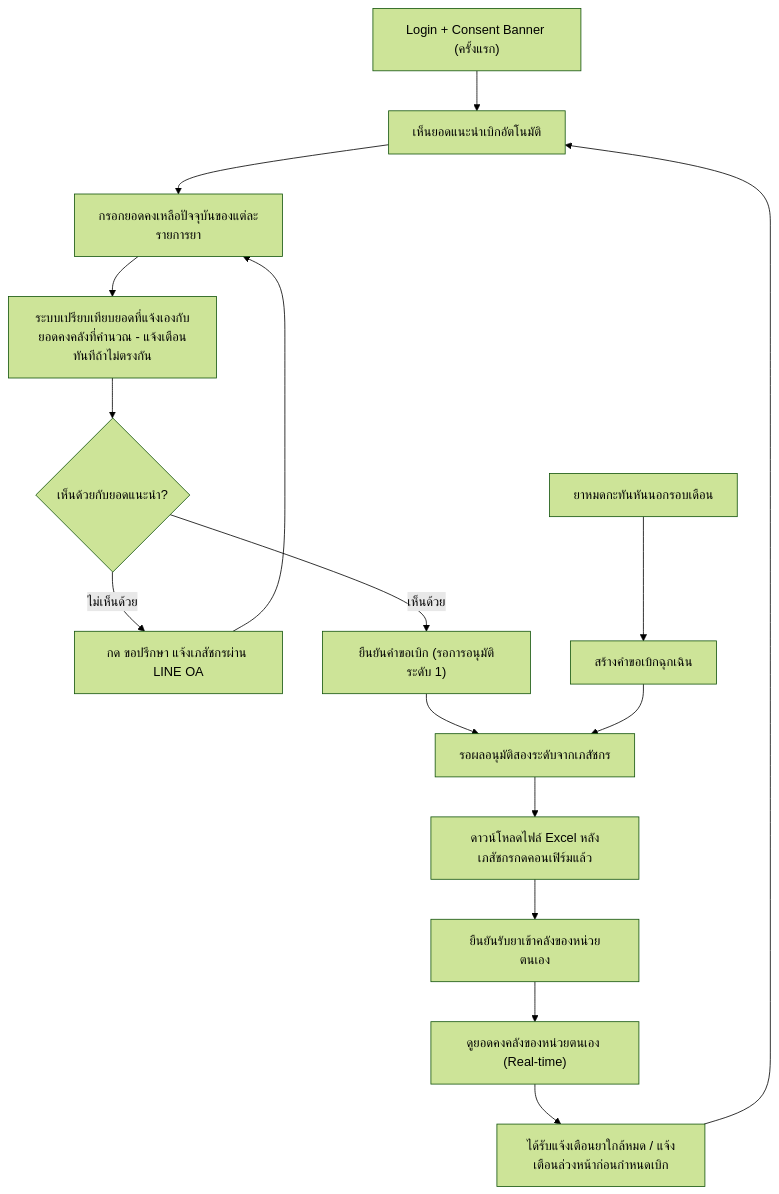
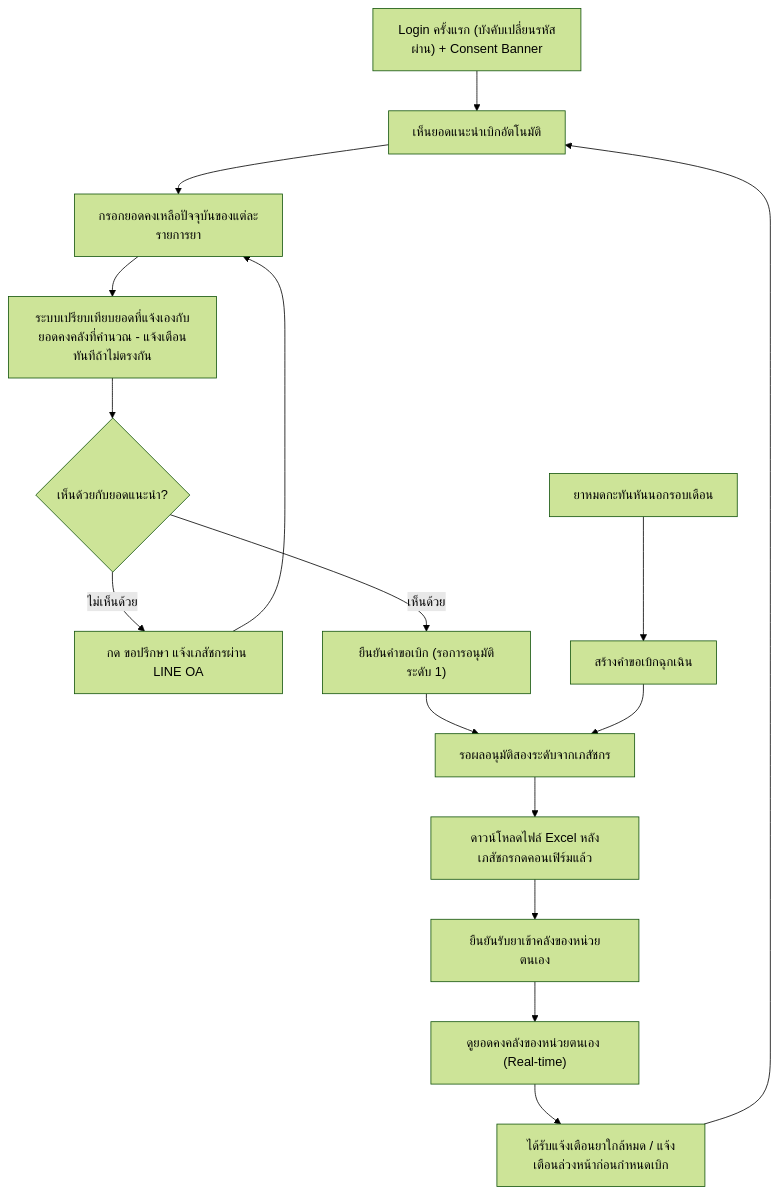
Before and after one commit to 6910127-warang/sync_smart: the diagram in 01-requirements/03-user-journey/staff-hph-journey.md, drawn with Mermaid (forest theme). The commit also changed other lines of this file and 37 other files, not shown here.

````diff
--- a/01-requirements/03-user-journey/staff-hph-journey.md
+++ b/01-requirements/03-user-journey/staff-hph-journey.md
@@ -7,18 +7,18 @@
 ```mermaid
 flowchart TD
-    A["Login + Consent Banner (ครั้งแรก)"] --> B["เห็นยอดแนะนำเบิกอัตโนมัติ"]
+    A["Login ครั้งแรก (บังคับเปลี่ยนรหัสผ่าน) + Consent Banner"] --> B["เห็นยอดแนะนำเบิกอัตโนมัติ"]
     B --> C["กรอกยอดคงเหลือปัจจุบันของแต่ละรายการยา"]
     C --> C2["ระบบเปรียบเทียบยอดที่แจ้งเองกับยอดคงคลังที่คำนวณ - แจ้งเตือนทันทีถ้าไม่ตรงกัน"]
     C2 --> D{"เห็นด้วยกับยอดแนะนำ?"}
     D -- "ไม่เห็นด้วย" --> E["กด ขอปรึกษา แจ้งเภสัชกรผ่าน LINE OA"]
     E --> C
     D -- "เห็นด้วย" --> F["ยืนยันคำขอเบิก (รอการอนุมัติระดับ 1)"]
     F --> G["รอผลอนุมัติสองระดับจากเภสัชกร"]
     G --> H["ดาวน์โหลดไฟล์ Excel หลังเภสัชกรกดคอนเฟิร์มแล้ว"]
     H --> I["ยืนยันรับยาเข้าคลังของหน่วยตนเอง"]
     I --> J["ดูยอดคงคลังของหน่วยตนเอง (Real-time)"]
     J --> K["ได้รับแจ้งเตือนยาใกล้หมด / แจ้งเตือนล่วงหน้าก่อนกำหนดเบิก"]
     K --> B
     L["ยาหมดกะทันหันนอกรอบเดือน"] --> M["สร้างคำขอเบิกฉุกเฉิน"]
     M --> G
 ```
````
